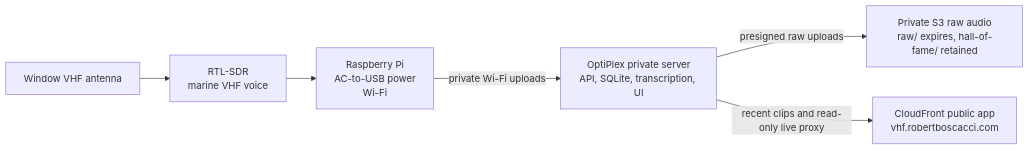
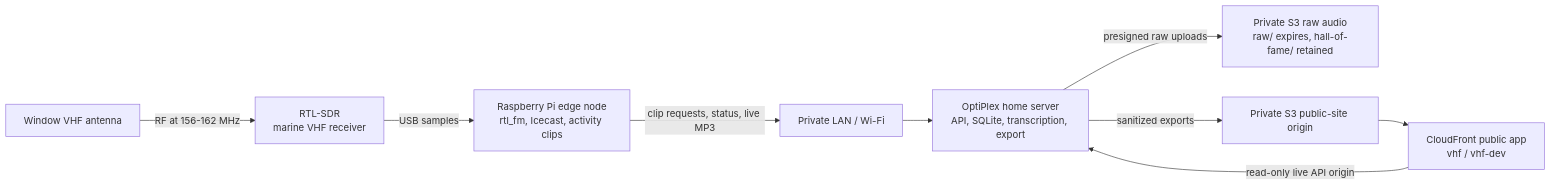
One commit to boscacci/vhf-seattle changed the diagram in docs/hardware-guide.md. Above: the diagram before and after it, drawn with Mermaid. The commit also changed other lines of this file and 23 other files, not shown here.

Commit message:
Prepare VHF public app and deployment hygiene

````diff
--- a/docs/hardware-guide.md
+++ b/docs/hardware-guide.md
@@ -7,15 +10,20 @@
 ```mermaid
 flowchart LR
   antenna["Window VHF antenna"]
-  voice["RTL-SDR<br/>marine VHF voice"]
-  pi["Raspberry Pi<br/>AC-to-USB power<br/>Wi-Fi"]
-  optiplex["OptiPlex private server<br/>API, SQLite, transcription, UI"]
+  sdr["RTL-SDR<br/>marine VHF receiver"]
+  pi["Raspberry Pi edge node<br/>rtl_fm, Icecast, activity clips"]
+  lan["Private LAN / Wi-Fi"]
+  optiplex["OptiPlex home server<br/>API, SQLite, transcription, export"]
   s3raw["Private S3 raw audio<br/>raw/ expires, hall-of-fame/ retained"]
-  public["CloudFront public app<br/>vhf.robertboscacci.com"]
+  s3site["Private S3 public-site origin"]
+  public["CloudFront public app<br/>vhf / vhf-dev"]
 
-  antenna --> voice
-  voice --> pi
-  pi -->|private Wi-Fi uploads| optiplex
+  antenna -->|RF at 156-162 MHz| sdr
+  sdr -->|USB samples| pi
+  pi -->|clip requests, status, live MP3| lan
+  lan --> optiplex
   optiplex -->|presigned raw uploads| s3raw
-  optiplex -->|recent clips and read-only live proxy| public
+  optiplex -->|sanitized exports| s3site
+  s3site --> public
+  public -->|read-only live API origin| optiplex
 ```
````
